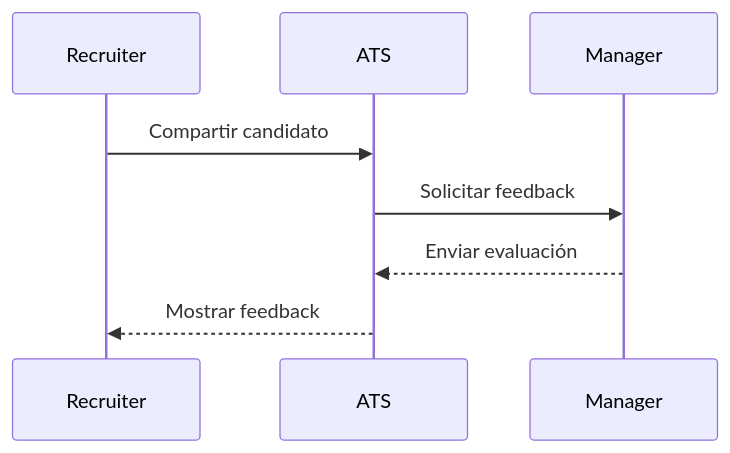
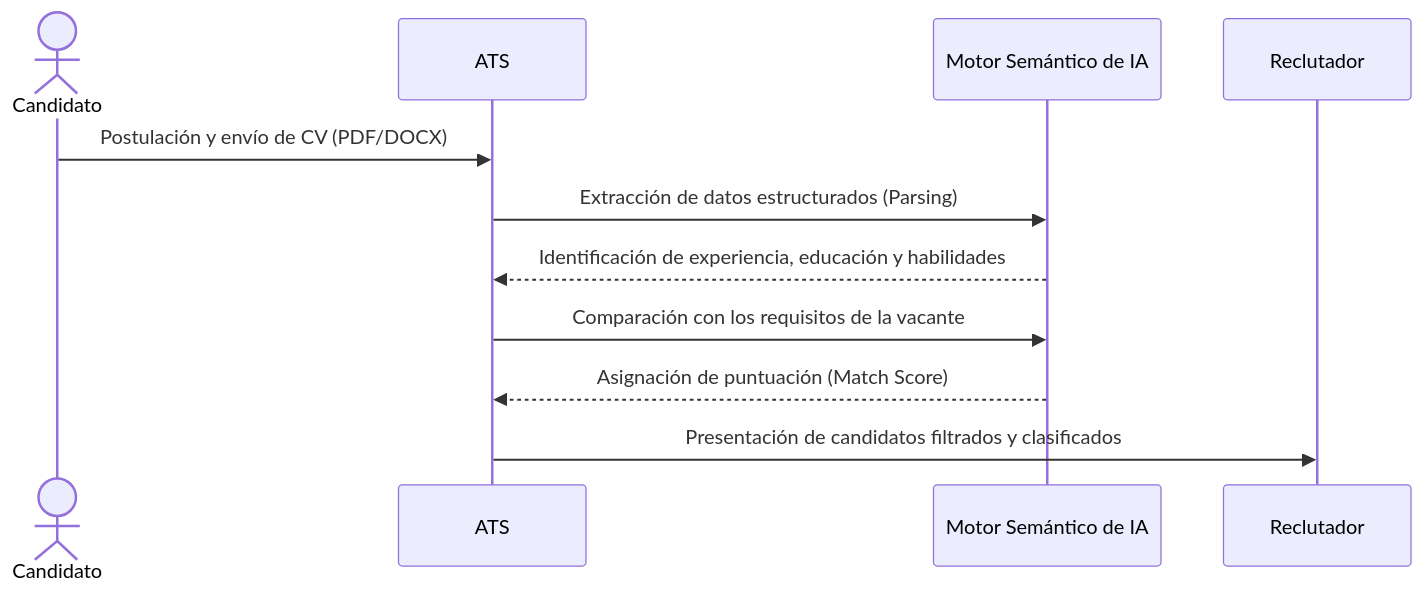
Before and after one commit to lacruzjd/AI4Devs-design-1-202603: the second of 7 diagrams in LTI-JDLM/LTI-JDLM.md, drawn with Mermaid. The commit also changed other lines of this file and 1 other file, not shown here.

````diff
--- a/LTI-JDLM/LTI-JDLM.md
+++ b/LTI-JDLM/LTI-JDLM.md
@@ -182,10 +65,14 @@
 ```mermaid
 sequenceDiagram
-    participant Recruiter
+    actor Candidato
     participant ATS
-    participant Manager
-    Recruiter->>ATS: Compartir candidato
-    ATS->>Manager: Solicitar feedback
-    Manager-->>ATS: Enviar evaluación
-    ATS-->>Recruiter: Mostrar feedback
+    participant Motor_IA as Motor Semántico de IA
+    participant Reclutador
+    
+    Candidato->>ATS: Postulación y envío de CV (PDF/DOCX)
+    ATS->>Motor_IA: Extracción de datos estructurados (Parsing)
+    Motor_IA-->>ATS: Identificación de experiencia, educación y habilidades
+    ATS->>Motor_IA: Comparación con los requisitos de la vacante
+    Motor_IA-->>ATS: Asignación de puntuación (Match Score)
+    ATS->>Reclutador: Presentación de candidatos filtrados y clasificados
 ```
````
